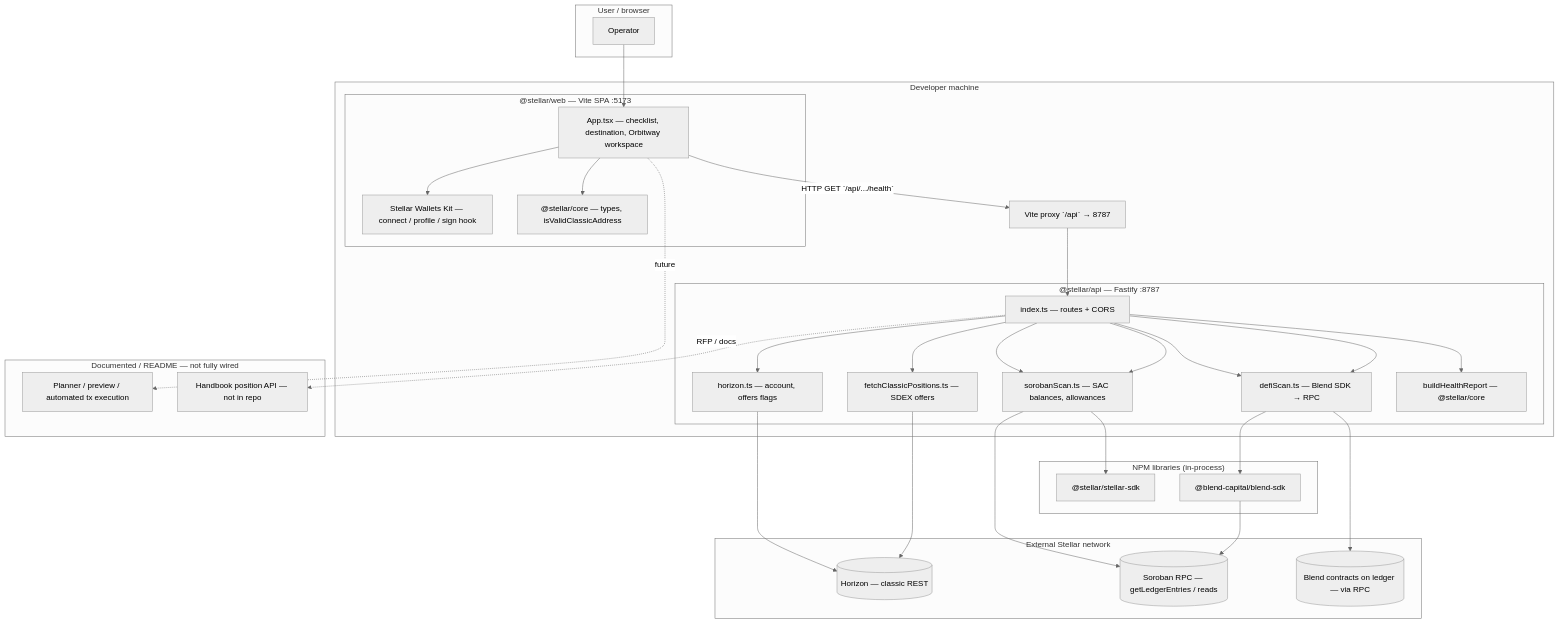
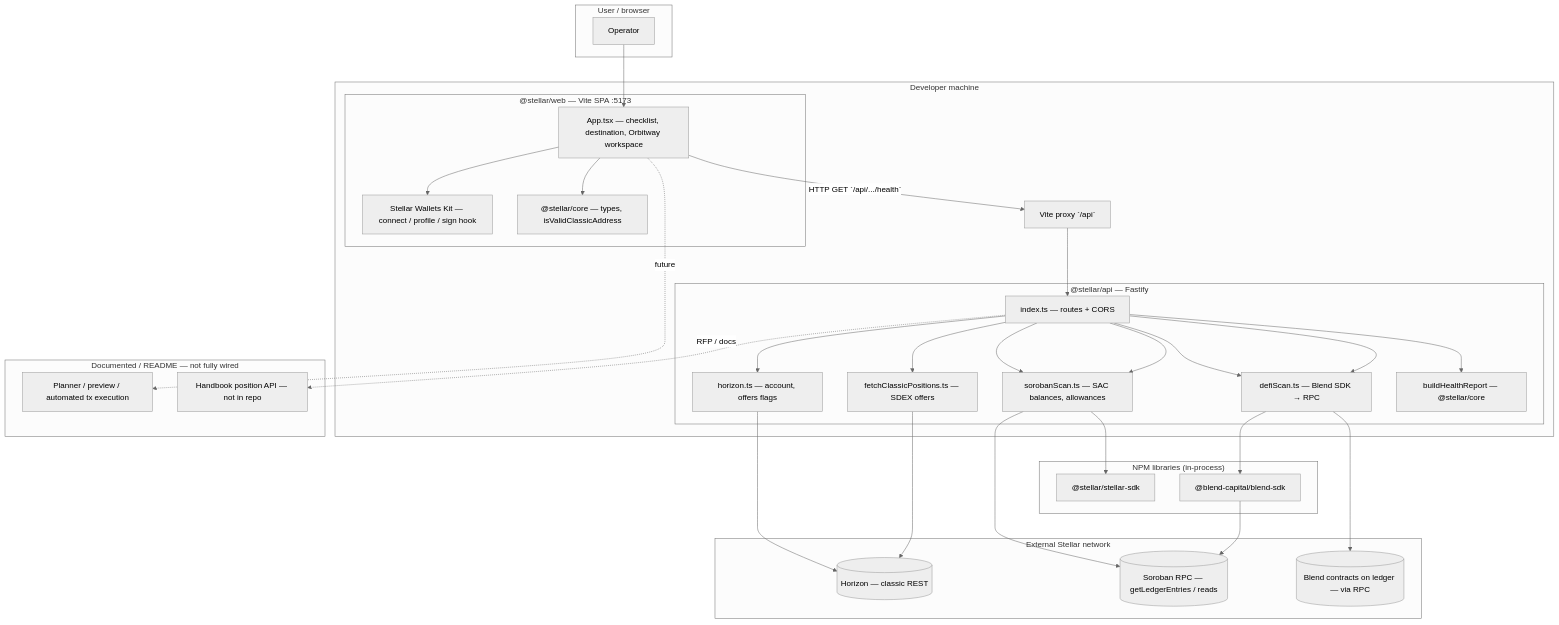
The second of 4 diagrams in docs/Tech.md (streamnft-tech/account_demolisher), drawn with Mermaid (neutral theme) before and after one commit.

````diff
--- a/docs/Tech.md
+++ b/docs/Tech.md
@@ -46,56 +46,56 @@
 ```mermaid
 flowchart TB
   subgraph User["User / browser"]
     U[Operator]
   end
 
   subgraph DevHost["Developer machine"]
     subgraph Web["@stellar/web — Vite SPA :5173"]
       UI[App.tsx — checklist, destination, Orbitway workspace]
       WK[Stellar Wallets Kit — connect / profile / sign hook]
       CoreC["@stellar/core — types, isValidClassicAddress"]
     end
-    subgraph API["@stellar/api — Fastify :8787"]
+    subgraph API["@stellar/api — Fastify"]
       IDX[index.ts — routes + CORS]
       HZ[horizon.ts — account, offers flags]
       FC[fetchClassicPositions.ts — SDEX offers]
       SB[sorobanScan.ts — SAC balances, allowances]
       DF[defiScan.ts — Blend SDK → RPC]
       CORE[buildHealthReport — @stellar/core]
     end
-    PROXY[Vite proxy `/api` → 8787]
+    PROXY[Vite proxy `/api`]
   end
 
   subgraph Ext["External Stellar network"]
     H[(Horizon — classic REST)]
     R[(Soroban RPC — getLedgerEntries / reads)]
     BC[(Blend contracts on ledger — via RPC)]
   end
 
   subgraph Deps["NPM libraries (in-process)"]
     SKD["@stellar/stellar-sdk"]
     BLEND["@blend-capital/blend-sdk"]
   end
 
   subgraph Planned["Documented / README — not fully wired"]
     PL[Planner / preview / automated tx execution]
     POS["Handbook position API — not in repo"]
   end
 
   U --> UI
   UI --> WK
   UI --> CoreC
   UI -->|HTTP GET `/api/.../health`| PROXY
   PROXY --> IDX
 
   IDX --> HZ --> H
   IDX --> FC --> H
   IDX --> SB --> R
   IDX --> SB --> SKD
   IDX --> DF --> BLEND --> R
   IDX --> DF --> BC
   IDX --> CORE
 
   UI -.->|future| PL
   IDX -.->|RFP / docs| POS
 ```
````
